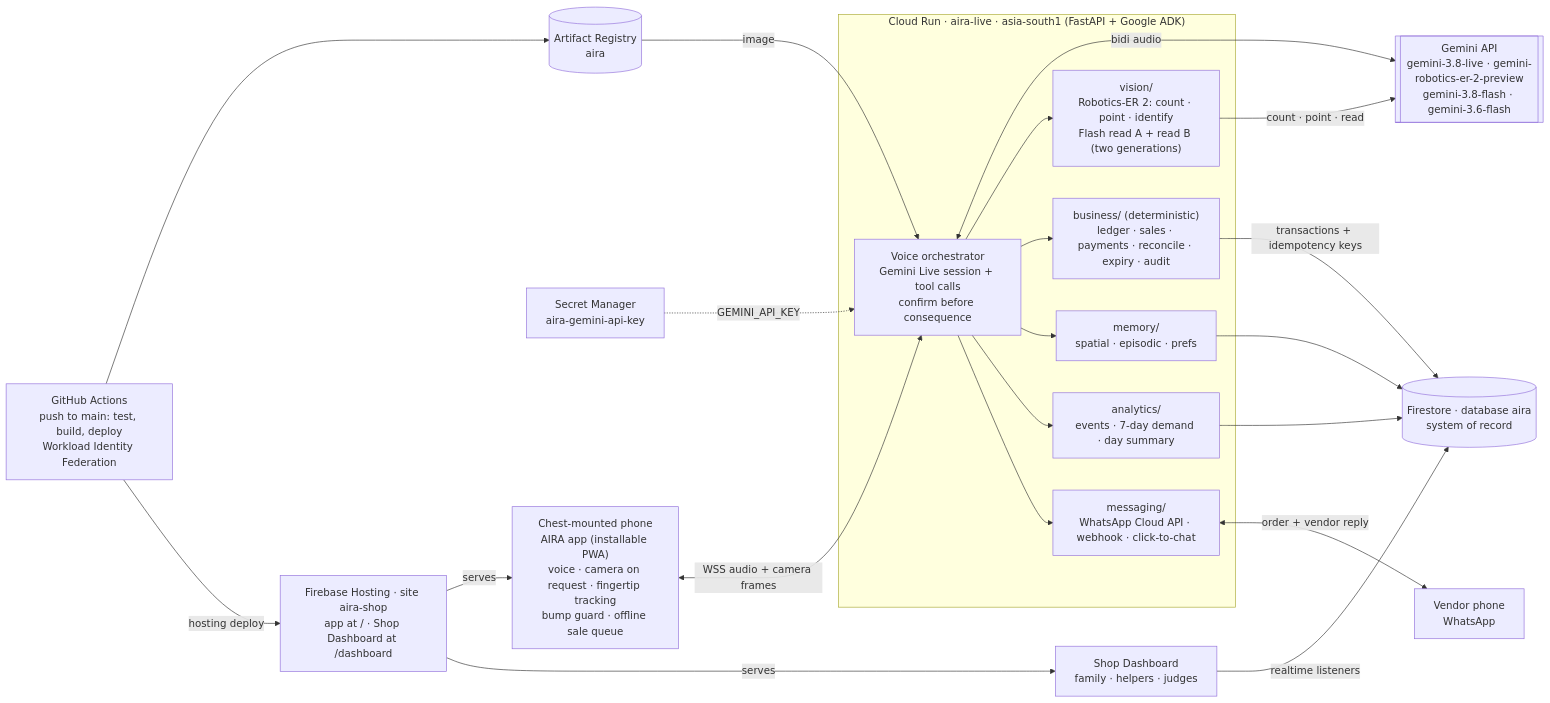
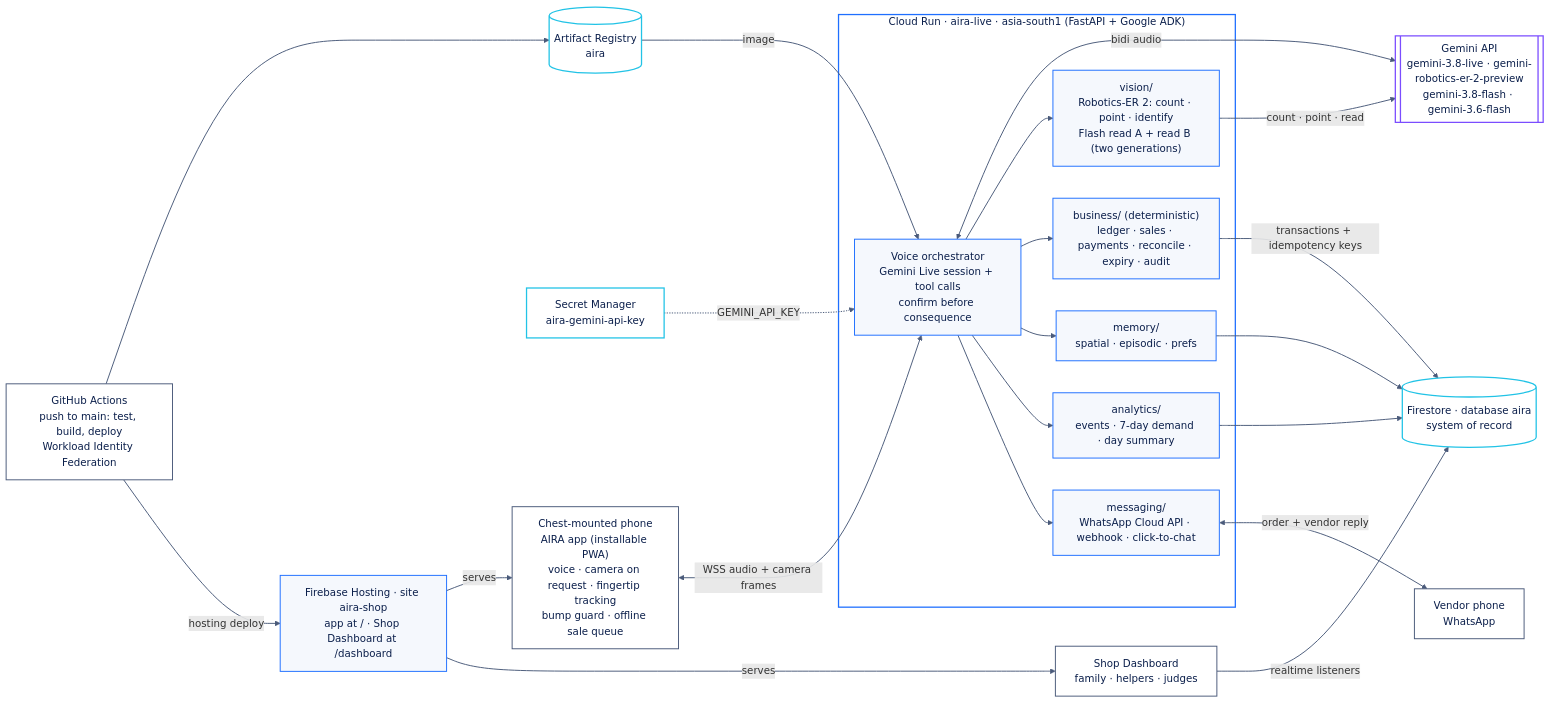
Before and after one commit to Saravana-Rajan/AIRA: the diagram in docs/submission/diagrams/architecture.mmd, drawn with Mermaid. The commit also changed 168 other files, not shown here.

```diff
--- a/docs/submission/diagrams/architecture.mmd
+++ b/docs/submission/diagrams/architecture.mmd
@@ -1,34 +1,45 @@
 flowchart LR
   P["Chest-mounted phone<br/>AIRA app (installable PWA)<br/>voice · camera on request · fingertip tracking<br/>bump guard · offline sale queue"]
   G[["Gemini API<br/>gemini-3.8-live · gemini-robotics-er-2-preview<br/>gemini-3.8-flash · gemini-3.6-flash"]]
   subgraph CR["Cloud Run · aira-live · asia-south1 (FastAPI + Google ADK)"]
     O["Voice orchestrator<br/>Gemini Live session + tool calls<br/>confirm before consequence"]
     V["vision/<br/>Robotics-ER 2: count · point · identify<br/>Flash read A + read B (two generations)"]
     B["business/ (deterministic)<br/>ledger · sales · payments · reconcile · expiry · audit"]
     M["memory/<br/>spatial · episodic · prefs"]
     A["analytics/<br/>events · 7-day demand · day summary"]
     W["messaging/<br/>WhatsApp Cloud API · webhook · click-to-chat"]
   end
   FS[("Firestore · database aira<br/>system of record")]
   SM["Secret Manager<br/>aira-gemini-api-key"]
   FH["Firebase Hosting · site aira-shop<br/>app at / · Shop Dashboard at /dashboard"]
   D["Shop Dashboard<br/>family · helpers · judges"]
   VD["Vendor phone<br/>WhatsApp"]
   GH["GitHub Actions<br/>push to main: test, build, deploy<br/>Workload Identity Federation"]
   AR[("Artifact Registry<br/>aira")]
 
   P <-->|WSS audio + camera frames| O
   O <-->|bidi audio| G
   V -->|count · point · read| G
   O --> V & B & M & A & W
   B -->|transactions + idempotency keys| FS
   M --> FS
   A --> FS
   W <-->|order + vendor reply| VD
   FH -->|serves| P
   FH -->|serves| D
   D -->|realtime listeners| FS
   SM -.->|GEMINI_API_KEY| O
   GH --> AR
   AR -->|image| O
   GH -->|hosting deploy| FH
+
+  %% Light theme, AIRA brand tokens (build overrides section 6)
+  classDef default fill:#F5F8FD,stroke:#1F6FFF,stroke-width:1.5px,color:#0B1F4B
+  classDef ai fill:#FFFFFF,stroke:#7B4DFF,stroke-width:2px,color:#0B1F4B
+  classDef store fill:#FFFFFF,stroke:#22C3E6,stroke-width:2px,color:#0B1F4B
+  classDef outside fill:#FFFFFF,stroke:#4A5A7A,stroke-width:1.5px,color:#0B1F4B
+  class G ai
+  class FS,AR,SM store
+  class P,D,VD,GH outside
+  style CR fill:#FFFFFF,stroke:#1F6FFF,stroke-width:2px,color:#0B1F4B
+  linkStyle default stroke:#4A5A7A,stroke-width:1.5px
```
